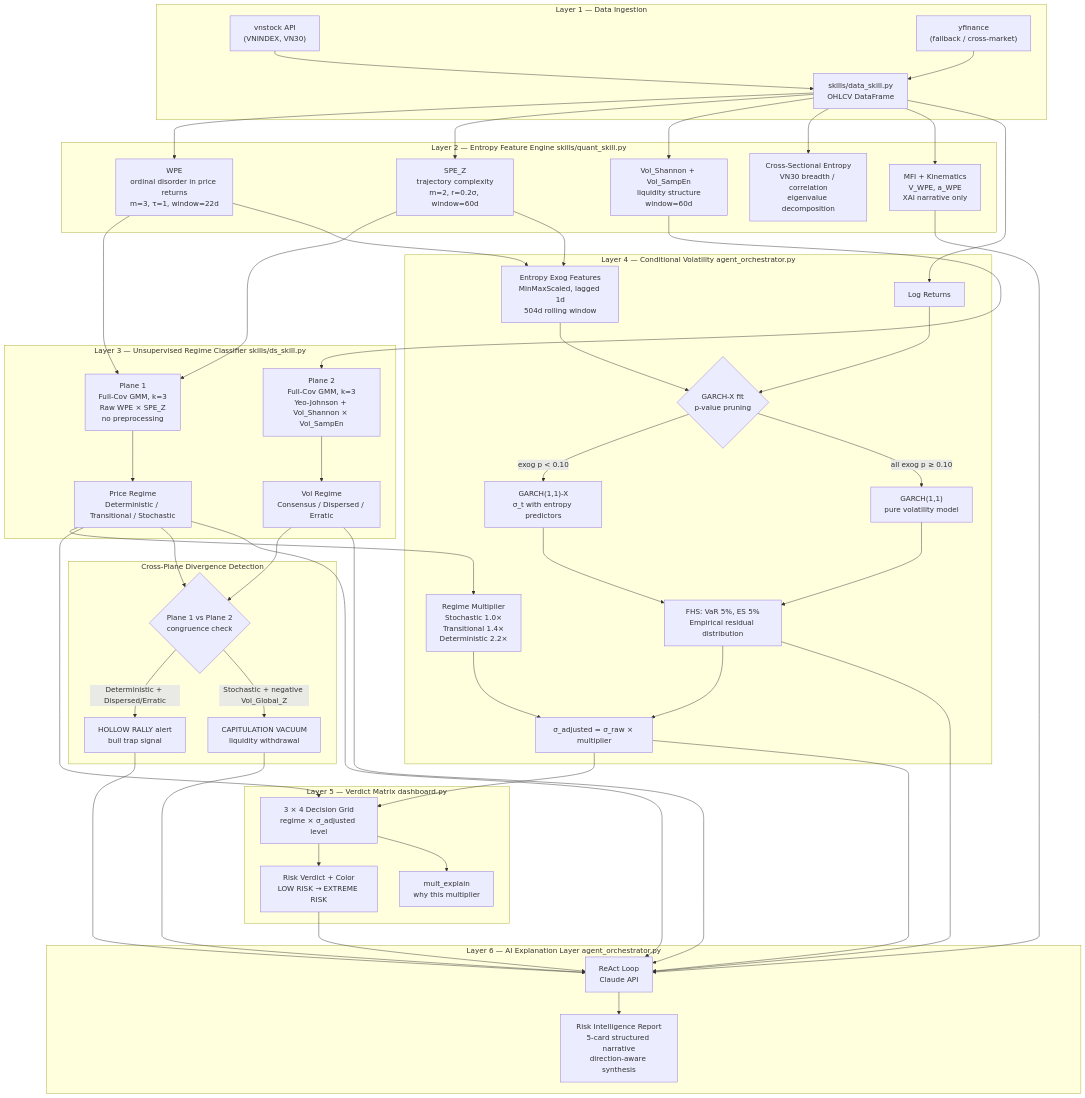
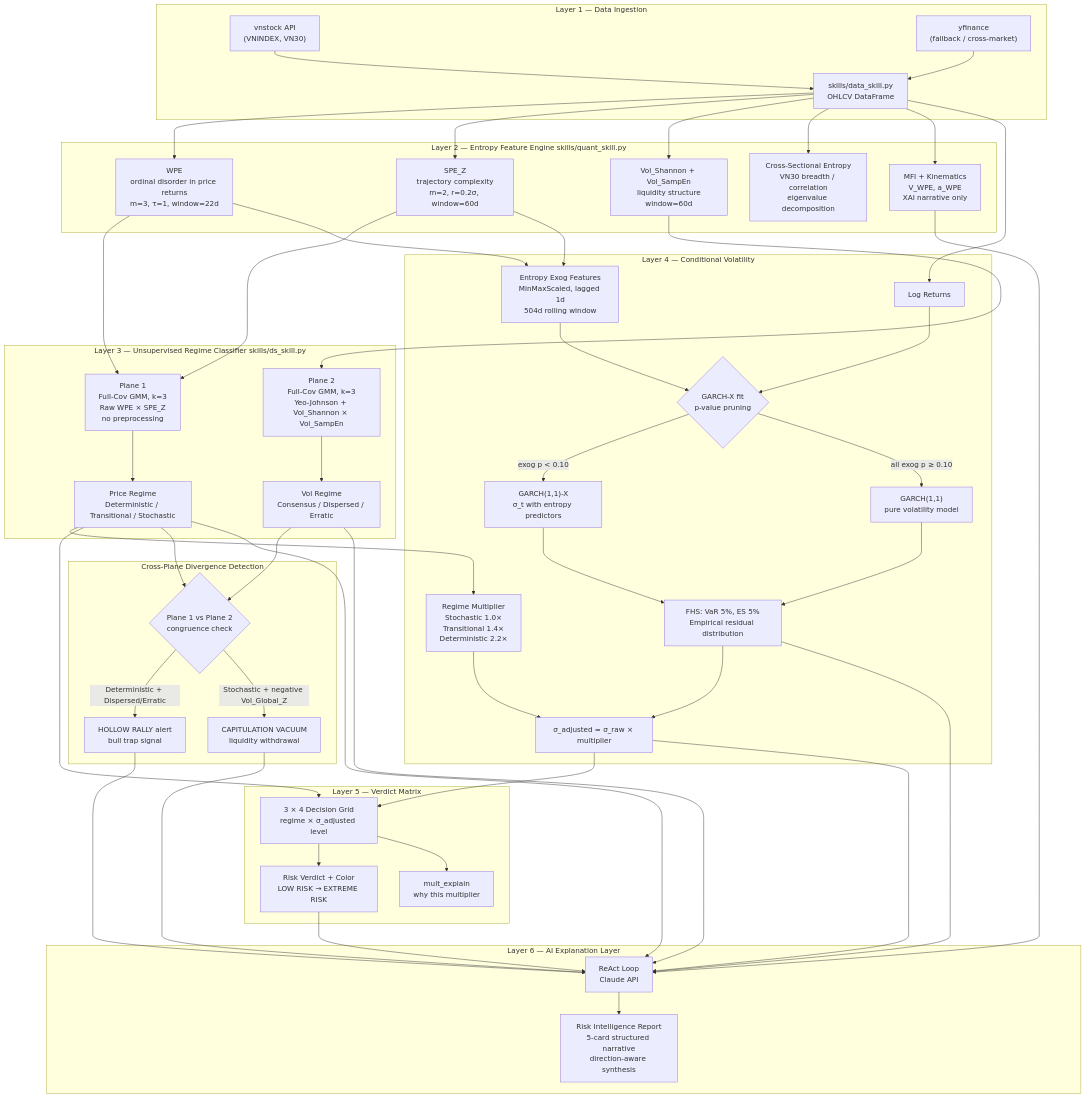
The diagram in architecture.md (223hoangthai35/entropy-paradox-research), drawn with Mermaid before and after one commit. The commit also changed other lines of this file and 5 other files, not shown here.

````diff
--- a/architecture.md
+++ b/architecture.md
@@ -69,66 +70,66 @@
 ```mermaid
 graph TD
     subgraph INPUT["Layer 1 — Data Ingestion"]
         A1["vnstock API\n(VNINDEX, VN30)"]
         A2["yfinance\n(fallback / cross-market)"]
         A1 --> B["skills/data_skill.py\nOHLCV DataFrame"]
         A2 --> B
     end
 
     subgraph FEATURES["Layer 2 — Entropy Feature Engine  skills/quant_skill.py"]
         B --> C1["WPE\nordinal disorder in price returns\nm=3, τ=1, window=22d"]
         B --> C2["SPE_Z\ntrajectory complexity\nm=2, r=0.2σ, window=60d"]
         B --> C3["Vol_Shannon + Vol_SampEn\nliquidity structure\nwindow=60d"]
         B --> C4["Cross-Sectional Entropy\nVN30 breadth / correlation\neigenvalue decomposition"]
         B --> C5["MFI + Kinematics\nV_WPE, a_WPE\nXAI narrative only"]
     end
 
     subgraph CLASSIFY["Layer 3 — Unsupervised Regime Classifier  skills/ds_skill.py"]
         C1 --> D1["Plane 1\nFull-Cov GMM, k=3\nRaw WPE × SPE_Z\nno preprocessing"]
         C2 --> D1
         C3 --> D2["Plane 2\nFull-Cov GMM, k=3\nYeo-Johnson + Vol_Shannon × Vol_SampEn"]
         D1 --> D3["Price Regime\nDeterministic / Transitional / Stochastic"]
         D2 --> D4["Vol Regime\nConsensus / Dispersed / Erratic"]
     end
 
-    subgraph GARCH_ENGINE["Layer 4 — Conditional Volatility  agent_orchestrator.py"]
+    subgraph GARCH_ENGINE["Layer 4 — Conditional Volatility"]
         B --> E1["Log Returns"]
         C1 --> E2["Entropy Exog Features\nMinMaxScaled, lagged 1d\n504d rolling window"]
         C2 --> E2
         E1 --> E3{"GARCH-X fit\np-value pruning"}
         E2 --> E3
         E3 -->|"exog p < 0.10"| E4["GARCH(1,1)-X\nσ_t with entropy predictors"]
         E3 -->|"all exog p ≥ 0.10"| E5["GARCH(1,1)\npure volatility model"]
         E4 --> E6["FHS: VaR 5%, ES 5%\nEmpirical residual distribution"]
         E5 --> E6
         D3 --> E7["Regime Multiplier\nStochastic 1.0×\nTransitional 1.4×\nDeterministic 2.2×"]
         E6 --> E8["σ_adjusted = σ_raw × multiplier"]
         E7 --> E8
     end
 
-    subgraph VERDICT["Layer 5 — Verdict Matrix  dashboard.py"]
+    subgraph VERDICT["Layer 5 — Verdict Matrix"]
         E8 --> G1["3 × 4 Decision Grid\nregime × σ_adjusted level"]
         D3 --> G1
         G1 --> G2["Risk Verdict + Color\nLOW RISK → EXTREME RISK"]
         G1 --> G3["mult_explain\nwhy this multiplier"]
     end
 
     subgraph DIVERGENCE["Cross-Plane Divergence Detection"]
         D3 --> H1{"Plane 1 vs Plane 2\ncongruence check"}
         D4 --> H1
         H1 -->|"Deterministic + Dispersed/Erratic"| H2["HOLLOW RALLY alert\nbull trap signal"]
         H1 -->|"Stochastic + negative Vol_Global_Z"| H3["CAPITULATION VACUUM\nliquidity withdrawal"]
     end
 
-    subgraph XAI["Layer 6 — AI Explanation Layer  agent_orchestrator.py"]
+    subgraph XAI["Layer 6 — AI Explanation Layer"]
         E8 --> I1["ReAct Loop\nClaude API"]
         D3 --> I1
         D4 --> I1
         C5 --> I1
         E6 --> I1
         G2 --> I1
         H2 --> I1
         H3 --> I1
         I1 --> I2["Risk Intelligence Report\n5-card structured narrative\ndirection-aware synthesis"]
     end
 ```
````
